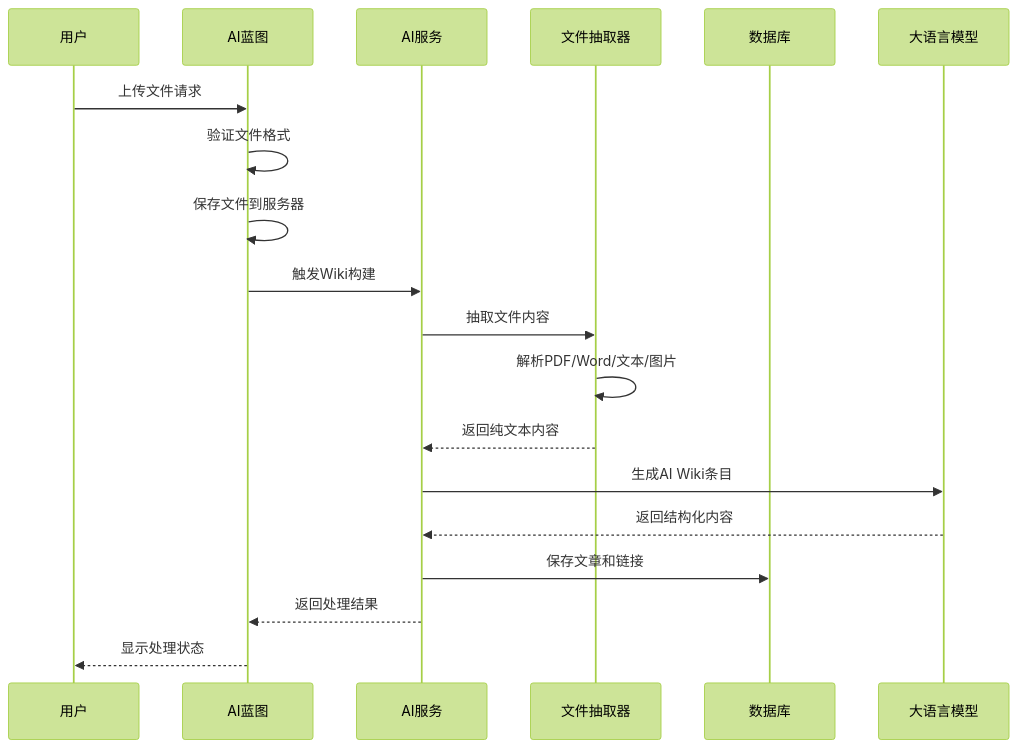
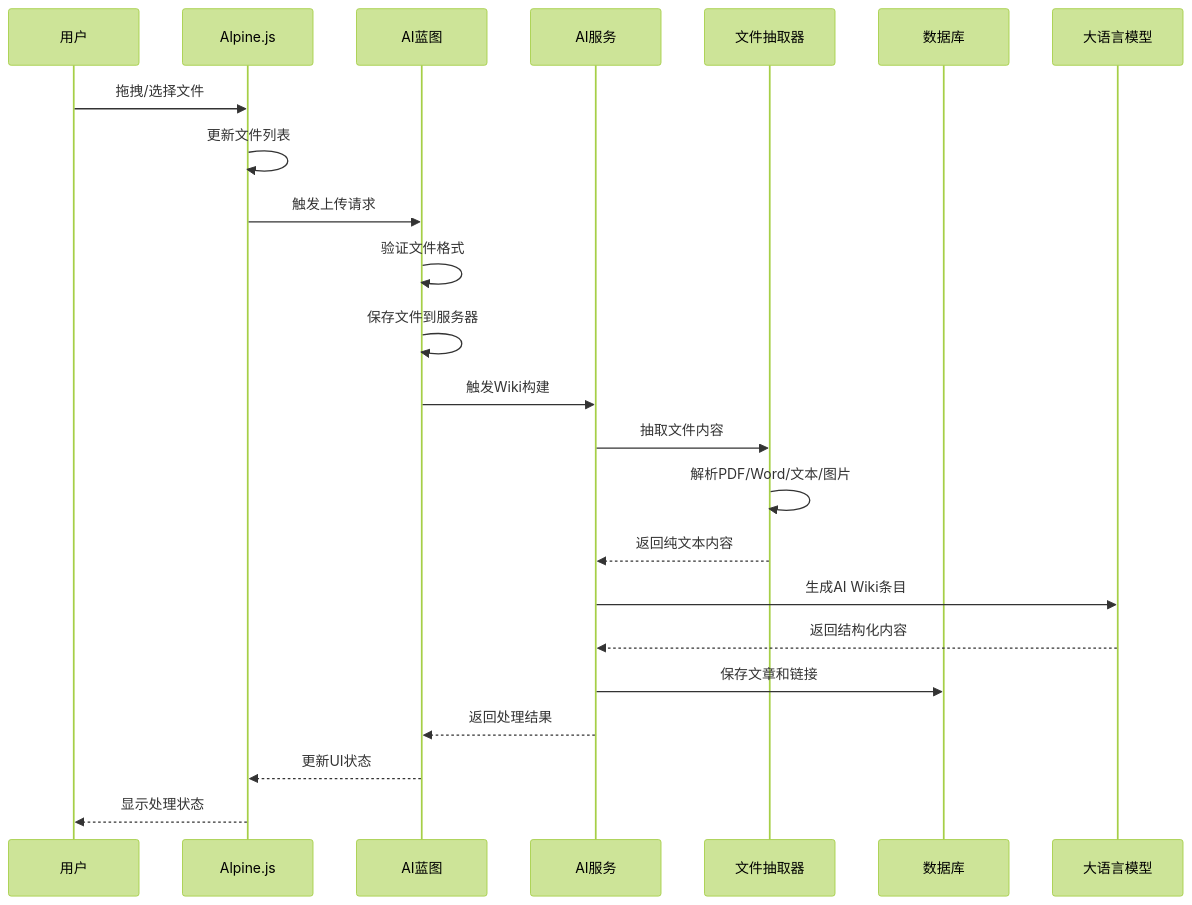
The second of 7 diagrams in .qoder/repowiki/zh/content/核心模块/AI知识库模块/AI知识库外部文件上传功能.md (beyondalbert/my_wiki), drawn with Mermaid (forest theme) before and after one commit. The commit also changed other lines of this file and 2 other files, not shown here.

````diff
--- a/.qoder/repowiki/zh/content/核心模块/AI知识库模块/AI知识库外部文件上传功能.md
+++ b/.qoder/repowiki/zh/content/核心模块/AI知识库模块/AI知识库外部文件上传功能.md
@@ -106,21 +138,25 @@
 ```mermaid
 sequenceDiagram
 participant User as 用户
+participant Alpine as Alpine.js
 participant Blueprint as AI蓝图
 participant Service as AI服务
 participant Extractor as 文件抽取器
 participant Database as 数据库
 participant LLM as 大语言模型
-User->>Blueprint : 上传文件请求
+User->>Alpine : 拖拽/选择文件
+Alpine->>Alpine : 更新文件列表
+Alpine->>Blueprint : 触发上传请求
 Blueprint->>Blueprint : 验证文件格式
 Blueprint->>Blueprint : 保存文件到服务器
 Blueprint->>Service : 触发Wiki构建
 Service->>Extractor : 抽取文件内容
 Extractor->>Extractor : 解析PDF/Word/文本/图片
 Extractor-->>Service : 返回纯文本内容
 Service->>LLM : 生成AI Wiki条目
 LLM-->>Service : 返回结构化内容
 Service->>Database : 保存文章和链接
 Service-->>Blueprint : 返回处理结果
-Blueprint-->>User : 显示处理状态
+Blueprint-->>Alpine : 更新UI状态
+Alpine-->>User : 显示处理状态
 ```
````
